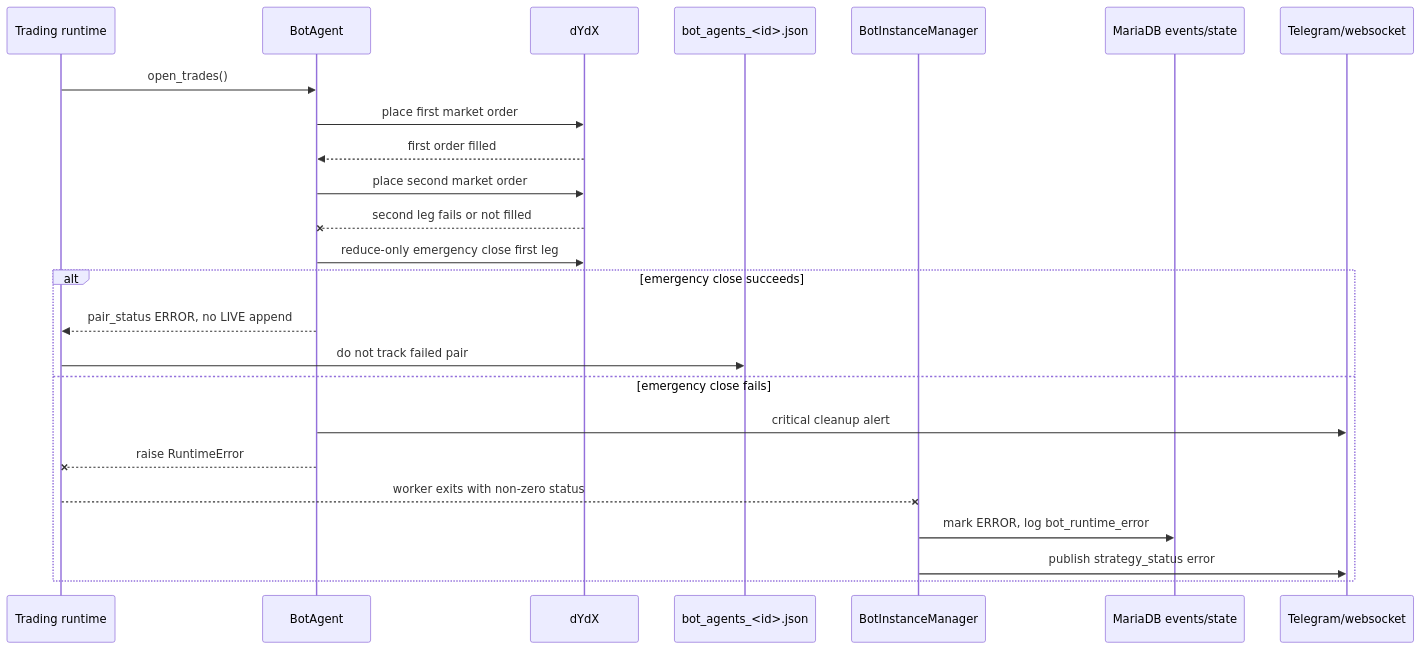
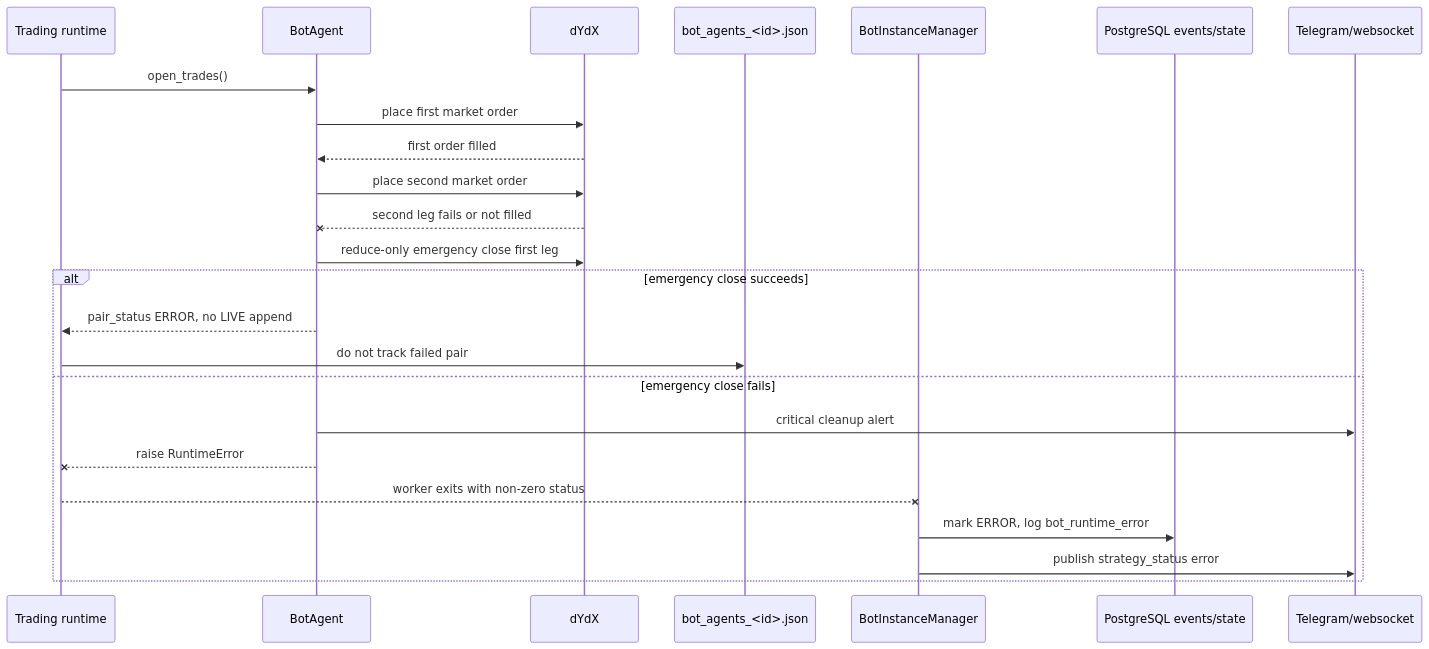
One commit to cploutarchou/dydx-trading-bot changed the eighth of 9 diagrams in bot/docs/BOT_FLOWS.md. Above: the diagram before and after it, drawn with Mermaid. The commit also changed other lines of this file and 51 other files, not shown here.

Commit message:
feat: update infrastructure configuration for PostgreSQL and Valkey integration

````diff
--- a/bot/docs/BOT_FLOWS.md
+++ b/bot/docs/BOT_FLOWS.md
@@ -485,27 +485,27 @@
 ```mermaid
 sequenceDiagram
     participant Runtime as Trading runtime
     participant Agent as BotAgent
     participant Exchange as dYdX
     participant Files as bot_agents_<id>.json
     participant Manager as BotInstanceManager
-    participant DB as MariaDB events/state
+    participant DB as PostgreSQL events/state
     participant Alert as Telegram/websocket
 
     Runtime->>Agent: open_trades()
     Agent->>Exchange: place first market order
     Exchange-->>Agent: first order filled
     Agent->>Exchange: place second market order
     Exchange--x Agent: second leg fails or not filled
     Agent->>Exchange: reduce-only emergency close first leg
     alt emergency close succeeds
         Agent-->>Runtime: pair_status ERROR, no LIVE append
         Runtime->>Files: do not track failed pair
     else emergency close fails
         Agent->>Alert: critical cleanup alert
         Agent--x Runtime: raise RuntimeError
         Runtime--x Manager: worker exits with non-zero status
         Manager->>DB: mark ERROR, log bot_runtime_error
         Manager->>Alert: publish strategy_status error
     end
 ```
````
